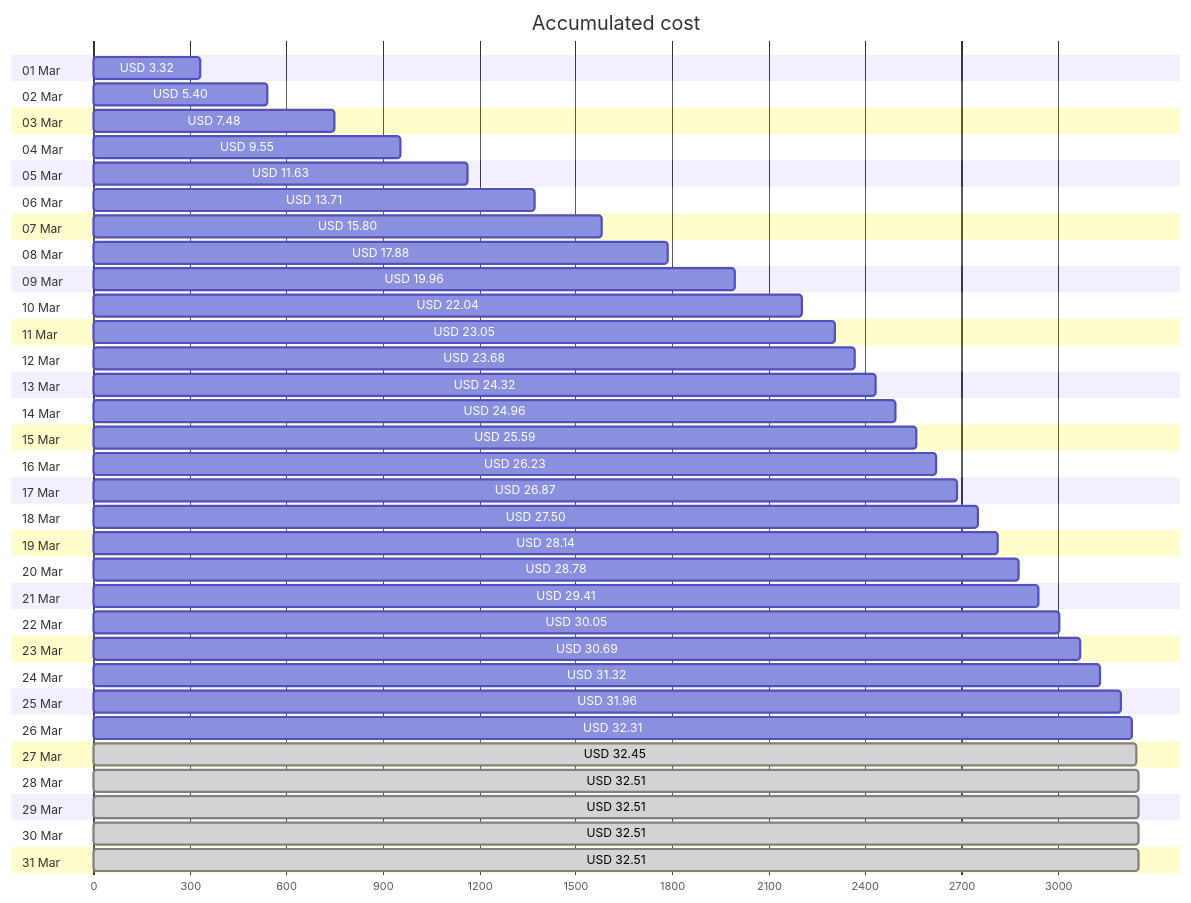
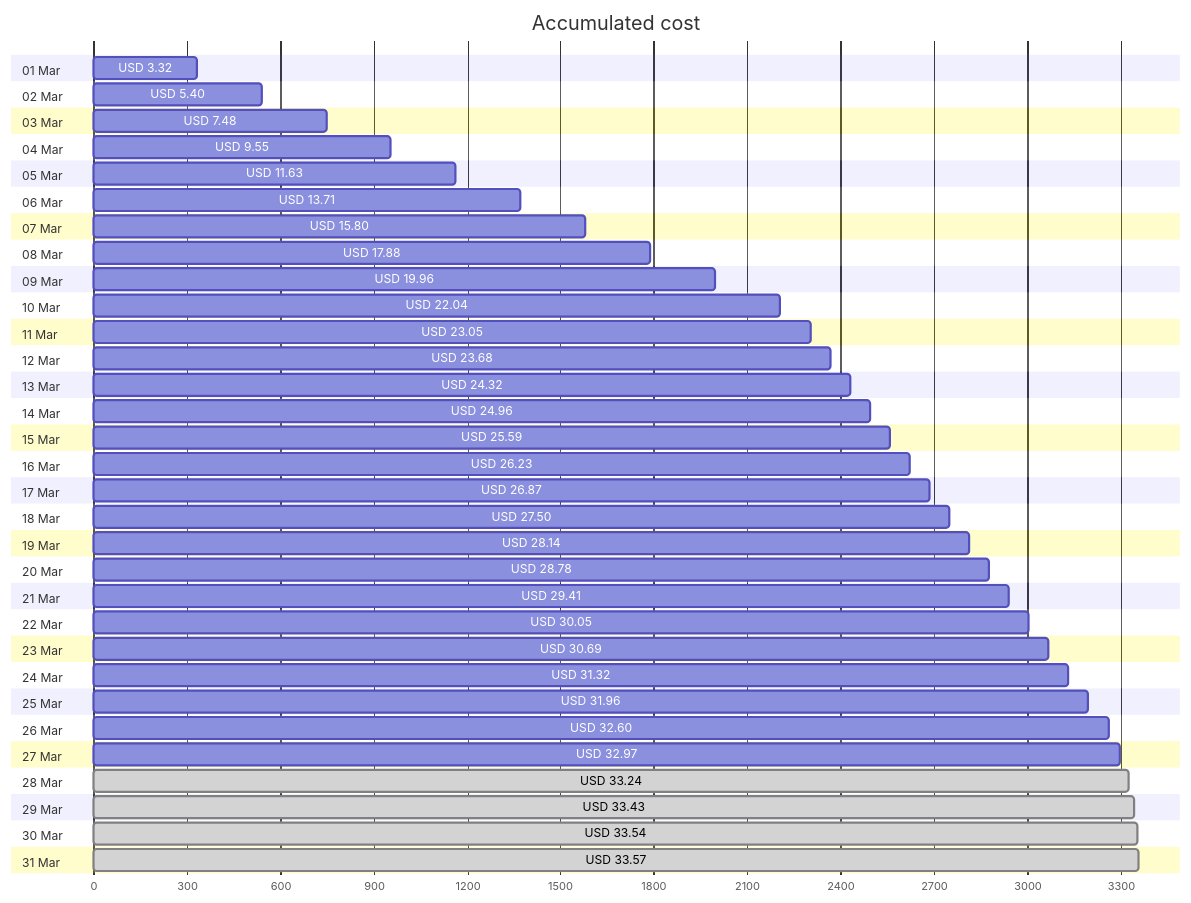
The first of 4 diagrams in cost-reports/accumulated-cost.md (jpfulton/azure-personal-reports), drawn with Mermaid before and after one commit. The commit also changed other lines of this file and 4 other files, not shown here.

````diff
--- a/cost-reports/accumulated-cost.md
+++ b/cost-reports/accumulated-cost.md
@@ -20,68 +20,68 @@
 ```mermaid
 gantt
    title Accumulated cost
    dateFormat  X
    axisFormat %s
    section 01 Mar
    USD 3.32 :0, 332
    section 02 Mar
    USD 5.40 :0, 540
    section 03 Mar
    USD 7.48 :0, 748
    section 04 Mar
    USD 9.55 :0, 955
    section 05 Mar
    USD 11.63 :0, 1163
    section 06 Mar
    USD 13.71 :0, 1371
    section 07 Mar
    USD 15.80 :0, 1580
    section 08 Mar
    USD 17.88 :0, 1788
    section 09 Mar
    USD 19.96 :0, 1996
    section 10 Mar
    USD 22.04 :0, 2204
    section 11 Mar
    USD 23.05 :0, 2305
    section 12 Mar
    USD 23.68 :0, 2368
    section 13 Mar
    USD 24.32 :0, 2432
    section 14 Mar
    USD 24.96 :0, 2496
    section 15 Mar
    USD 25.59 :0, 2559
    section 16 Mar
    USD 26.23 :0, 2623
    section 17 Mar
    USD 26.87 :0, 2687
    section 18 Mar
    USD 27.50 :0, 2750
    section 19 Mar
    USD 28.14 :0, 2814
    section 20 Mar
    USD 28.78 :0, 2878
    section 21 Mar
    USD 29.41 :0, 2941
    section 22 Mar
    USD 30.05 :0, 3005
    section 23 Mar
    USD 30.69 :0, 3069
    section 24 Mar
    USD 31.32 :0, 3132
    section 25 Mar
    USD 31.96 :0, 3196
    section 26 Mar
-   USD 32.31 :0, 3231
+   USD 32.60 :0, 3260
    section 27 Mar
-   USD 32.45 : done, 0, 3245
+   USD 32.97 :0, 3297
    section 28 Mar
-   USD 32.51 : done, 0, 3251
+   USD 33.24 : done, 0, 3324
    section 29 Mar
-   USD 32.51 : done, 0, 3251
+   USD 33.43 : done, 0, 3343
    section 30 Mar
-   USD 32.51 : done, 0, 3251
+   USD 33.54 : done, 0, 3354
    section 31 Mar
-   USD 32.51 : done, 0, 3251
+   USD 33.57 : done, 0, 3357
 ```
````
